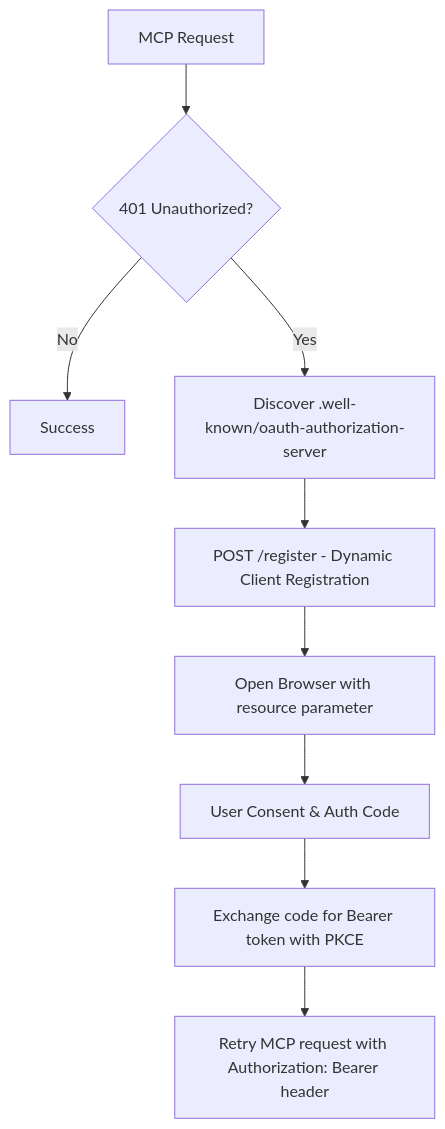
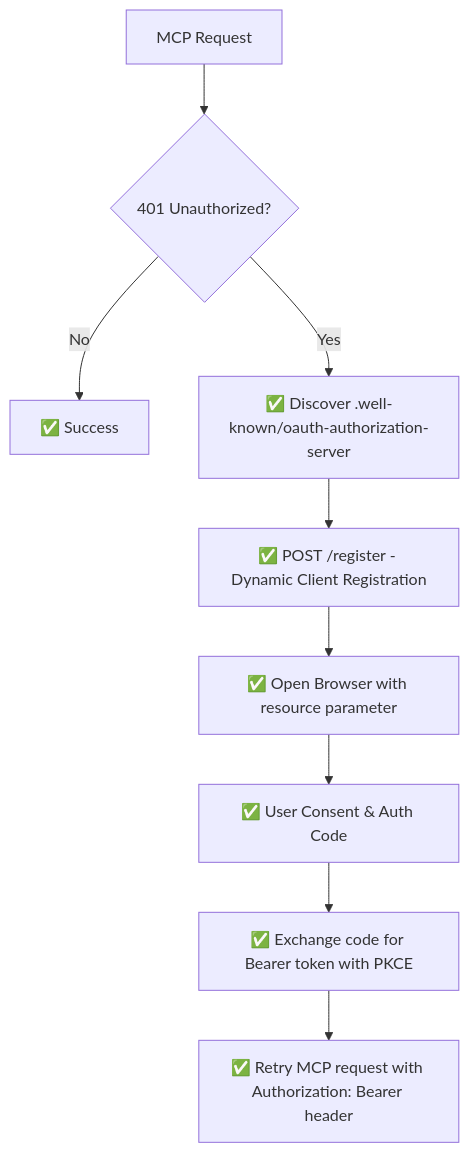
The diagram in README.md (UsableMachines/mcp-security-scanner), drawn with Mermaid before and after one commit. The commit also changed other lines of this file and 1 other file, not shown here.

````diff
--- a/README.md
+++ b/README.md
@@ -517,11 +569,11 @@
 ```mermaid
 graph TD
     A[MCP Request] --> B{401 Unauthorized?}
-    B -->|No| I[Success]
-    B -->|Yes| C[Discover .well-known/oauth-authorization-server]
-    C --> D[POST /register - Dynamic Client Registration]
-    D --> E[Open Browser with resource parameter]
-    E --> F[User Consent & Auth Code]
-    F --> G[Exchange code for Bearer token with PKCE]
-    G --> H[Retry MCP request with Authorization: Bearer header]
+    B -->|No| I[✅ Success]
+    B -->|Yes| C[✅ Discover .well-known/oauth-authorization-server]
+    C --> D[✅ POST /register - Dynamic Client Registration]
+    D --> E[✅ Open Browser with resource parameter]
+    E --> F[✅ User Consent & Auth Code]
+    F --> G[✅ Exchange code for Bearer token with PKCE]
+    G --> H[✅ Retry MCP request with Authorization: Bearer header]
 ```
````
